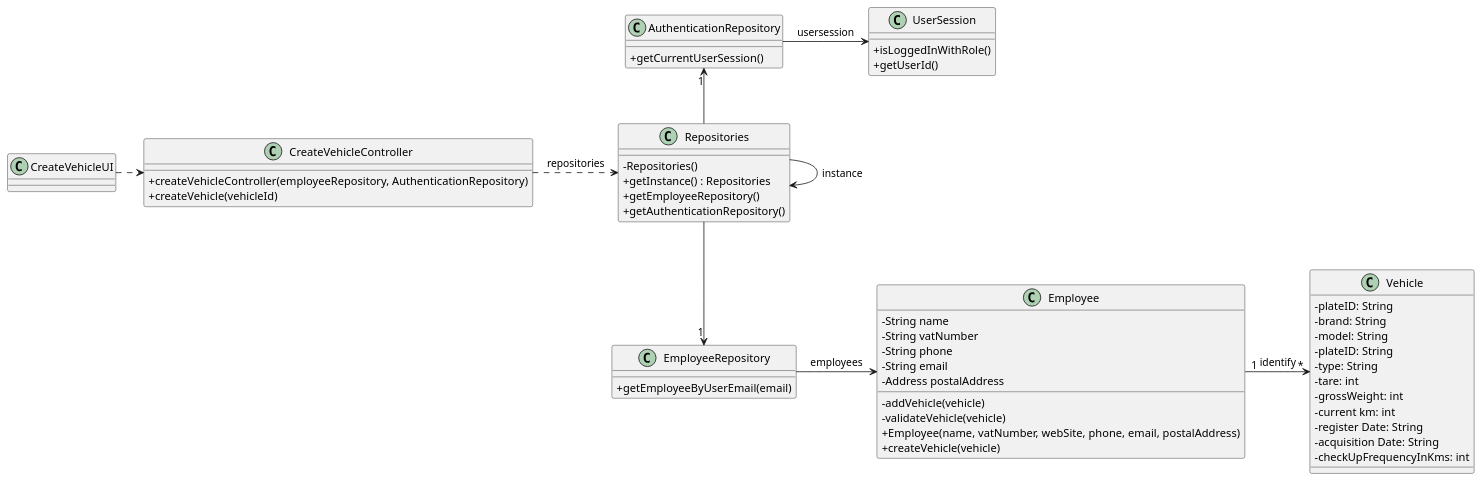
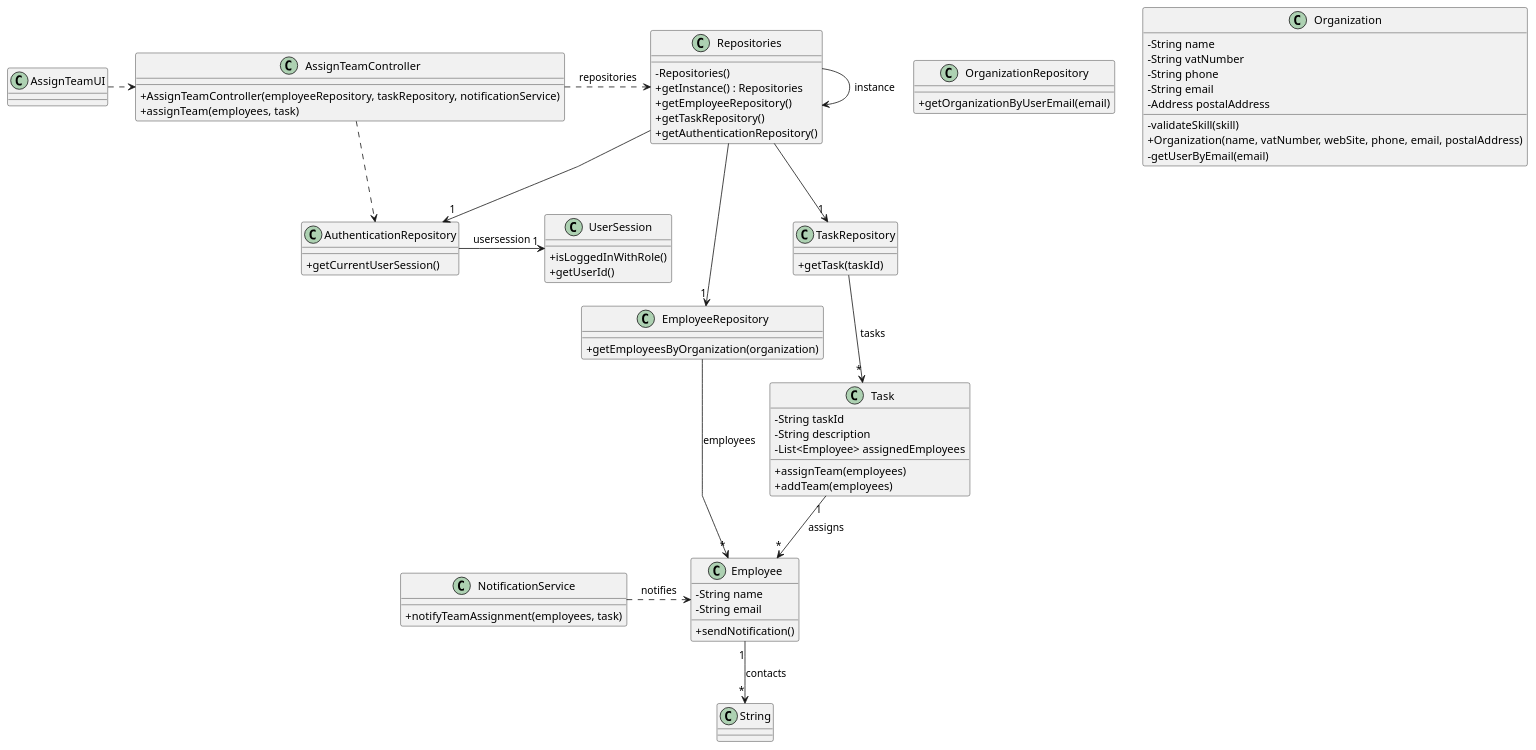
The diagram in docs/sprintC/us0023/03.design/puml/us23-class-diagram.puml (Mendoncaa/LAPR2), drawn with PlantUML before and after one commit. The commit also changed 6 other files, not shown here.

```diff
--- a/docs/sprintC/us0023/03.design/puml/us23-class-diagram.puml
+++ b/docs/sprintC/us0023/03.design/puml/us23-class-diagram.puml
@@ -1,128 +1,94 @@
 @startuml
 'skinparam monochrome true
 skinparam packageStyle rectangle
 skinparam shadowing false
 skinparam linetype polyline
 'skinparam linetype orto
 
 skinparam classAttributeIconSize 0
 
 'left to right direction
 
-class CreateVehicleUI{
+class AssignTeamUI {
 }
 
-class CreateVehicleController {
-    + createVehicleController(employeeRepository, AuthenticationRepository)
-    + createVehicle(vehicleId)
+class AssignTeamController {
+    + AssignTeamController(employeeRepository, taskRepository, notificationService)
+    + assignTeam(employees, task)
 }
-
-
-' --------------------------------------------
-'             REPOSITORIOS
-' --------------------------------------------
 
 class Repositories {
     - Repositories()
     + getInstance() : Repositories
     + getEmployeeRepository()
+    + getTaskRepository()
     + getAuthenticationRepository()
 }
 
-class EmployeeRepository {
-    + getEmployeeByUserEmail(email)
-}
-
-
-
-class AuthenticationRepository
-{
+class AuthenticationRepository {
     + getCurrentUserSession()
 }
 
+class UserSession {
+    + isLoggedInWithRole()
+    + getUserId()
+}
 
-' --------------------------------------------
-'             CLASSES "FINAIS" & DOMAIN
-' --------------------------------------------
+class EmployeeRepository {
+    + getEmployeesByOrganization(organization)
+}
 
-class Employee {
+class OrganizationRepository {
+    + getOrganizationByUserEmail(email)
+}
+
+class Organization {
     - String name
     - String vatNumber
     - String phone
     - String email
     - Address postalAddress
-    - addVehicle(vehicle)
-    - validateVehicle(vehicle)
-    + Employee(name, vatNumber, webSite, phone, email, postalAddress)
-    + createVehicle(vehicle)
-'    - getUserByEmail(email)
+    - validateSkill(skill)
+    + Organization(name, vatNumber, webSite, phone, email, postalAddress)
+    - getUserByEmail(email)
+}
+
+class TaskRepository {
+    + getTask(taskId)
+}
+
+class Task {
+    - String taskId
+    - String description
+    - List<Employee> assignedEmployees
+    + assignTeam(employees)
+    + addTeam(employees)
+}
+
+class NotificationService {
+    + notifyTeamAssignment(employees, task)
+}
+
+class Employee {
+    - String name
+    - String email
+    + sendNotification()
 }
 
 
 
+Repositories -> Repositories : instance
+AssignTeamUI .> AssignTeamController
+AssignTeamController .> Repositories : repositories
+Repositories --> "1" EmployeeRepository
+EmployeeRepository --> "*" Employee : employees
+AuthenticationRepository -> "1" UserSession : usersession
+Repositories --> "1" AuthenticationRepository
+Repositories --> "1" TaskRepository
+TaskRepository --> "*" Task : tasks
+Task "1" --> "*" Employee : assigns
+AssignTeamController .> AuthenticationRepository
+Employee "1" --> "*" String : contacts
+NotificationService .> Employee : notifies
 
-class UserSession
-{
-    + isLoggedInWithRole()
-    + getUserId()
-}
-
-class Vehicle {
-    - plateID: String
-    - brand: String
-    - model: String
-    - plateID: String
-    - type: String
-    - tare: int
-    - grossWeight: int
-    - current km: int
-    - register Date: String
-    - acquisition Date: String
-    - checkUpFrequencyInKms: int
-'    + createVehicle ()
-
-}
-
-
-
-
-' --------------------------------------------
-'             LIGAÇÕES
-' --------------------------------------------
-
-'Create Vehicle UI
-CreateVehicleUI -r..> CreateVehicleController
-
-'Create Vehicle Controller
-CreateVehicleController -r---.> Repositories :repositories
-'CreateVehicleController ----.>Vehicle
-'CreateVehicleController -> VehicleRepository
-
-'REPOSITORIES
-
-
-Repositories -r-> Repositories : instance
-Repositories -d-> "1" EmployeeRepository
-Repositories -u-> "1" AuthenticationRepository
-EmployeeRepository -> Employee : employees
-AuthenticationRepository -> UserSession : usersession
-Employee "1" -> "*" Vehicle  : identify
-
-' --------------------------------------------------
-'   Descomentar para adicionar "VehicleRepository"
-' --------------------------------------------------
-
-
-'VehicleRepository -> Employee
-'Repositories -r-> "1" VehicleRepository
-'class VehicleRepository {
-'    - vehicles: List<Vehicle>
-'    + getVehicleByIdPlate(plateId): Vehicle
-'}
-
-' -------------------------------------------------
-
-
-
-'Organization -- VehicleRepository
 @enduml
```
